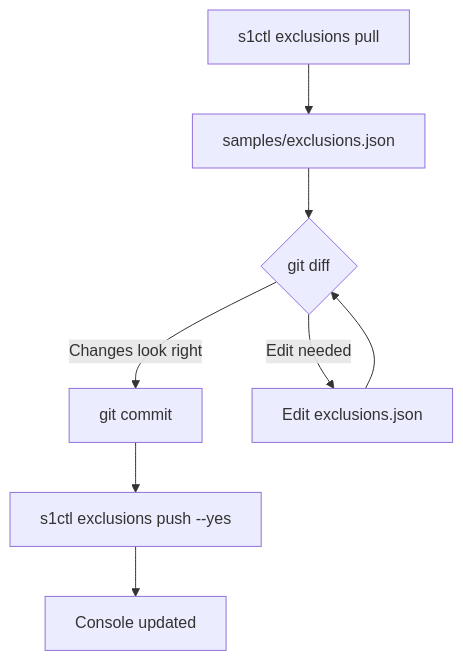
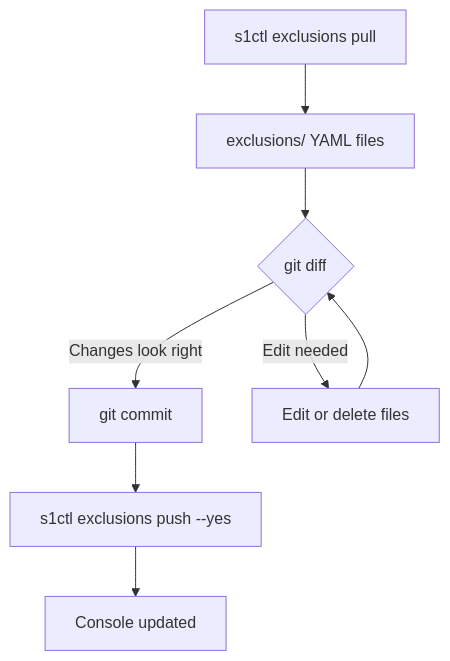
One commit to dannyota/s1ctl changed the second of 2 diagrams in docs/guides/exclusions.md. Above: the diagram before and after it, drawn with Mermaid. The commit also changed other lines of this file and 27 other files, not shown here.

````diff
--- a/docs/guides/exclusions.md
+++ b/docs/guides/exclusions.md
@@ -108,10 +111,10 @@
 ```mermaid
 flowchart TD
-    A[s1ctl exclusions pull] --> B[samples/exclusions.json]
+    A[s1ctl exclusions pull] --> B[exclusions/ YAML files]
     B --> C{git diff}
     C -->|Changes look right| D[git commit]
-    C -->|Edit needed| E[Edit exclusions.json]
+    C -->|Edit needed| E[Edit or delete files]
     E --> C
     D --> F[s1ctl exclusions push --yes]
     F --> G[Console updated]
 ```
````
